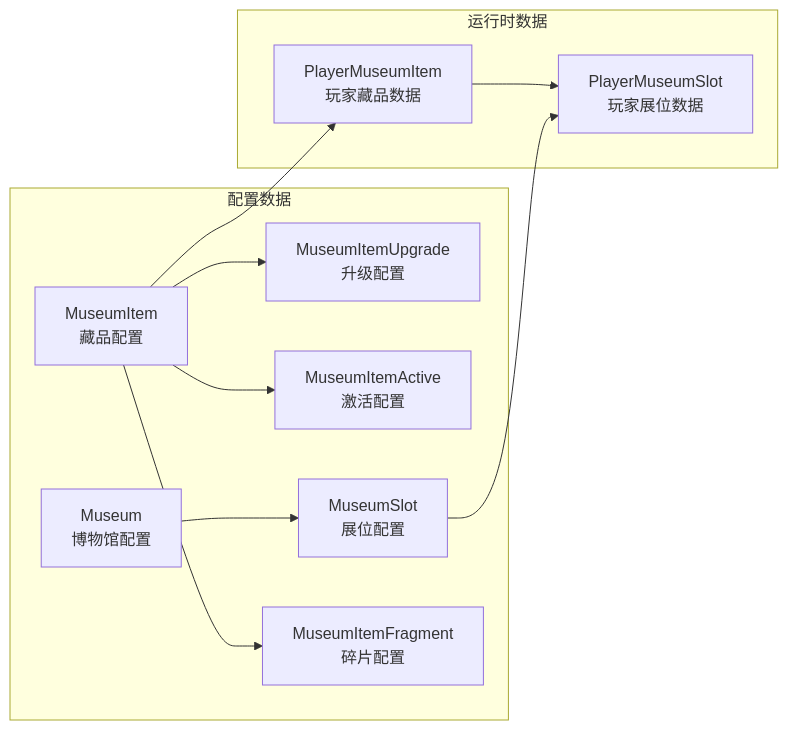
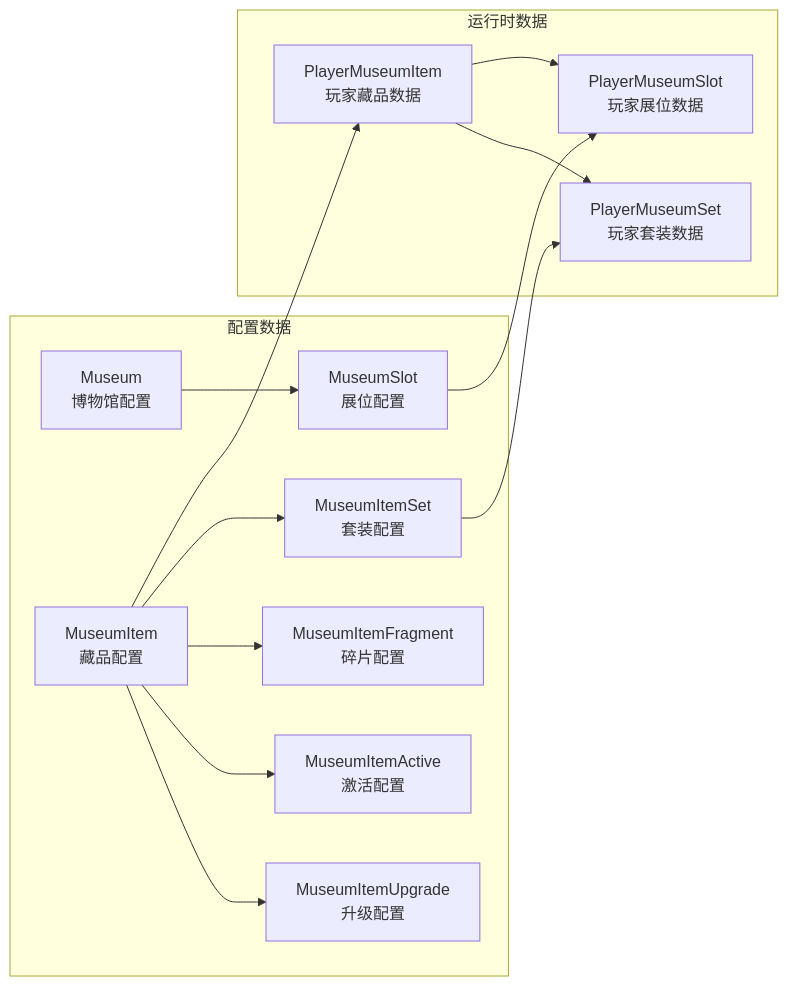
Before and after one commit to Alan-Ben/k2c_game_framework: the second of 7 diagrams in docs/Module_Museum/01_数据配表.md, drawn with Mermaid. The commit also changed other lines of this file and 5 other files, not shown here.

````diff
--- a/docs/Module_Museum/01_数据配表.md
+++ b/docs/Module_Museum/01_数据配表.md
@@ -344,24 +620,29 @@
 ```mermaid
 flowchart LR
     subgraph 配置数据
         A[Museum<br/>博物馆配置]
         B[MuseumItem<br/>藏品配置]
         C[MuseumItemUpgrade<br/>升级配置]
         D[MuseumItemActive<br/>激活配置]
         E[MuseumSlot<br/>展位配置]
         F[MuseumItemFragment<br/>碎片配置]
+        G[MuseumItemSet<br/>套装配置]
     end
-    
+
     subgraph 运行时数据
-        G[PlayerMuseumItem<br/>玩家藏品数据]
-        H[PlayerMuseumSlot<br/>玩家展位数据]
+        H[PlayerMuseumItem<br/>玩家藏品数据]
+        I[PlayerMuseumSlot<br/>玩家展位数据]
+        J[PlayerMuseumSet<br/>玩家套装数据]
     end
-    
+
     B --> C
     B --> D
     B --> F
+    B --> G
     A --> E
-    B --> G
-    E --> H
-    G --> H
+    B --> H
+    E --> I
+    G --> J
+    H --> J
+    H --> I
 ```
````
